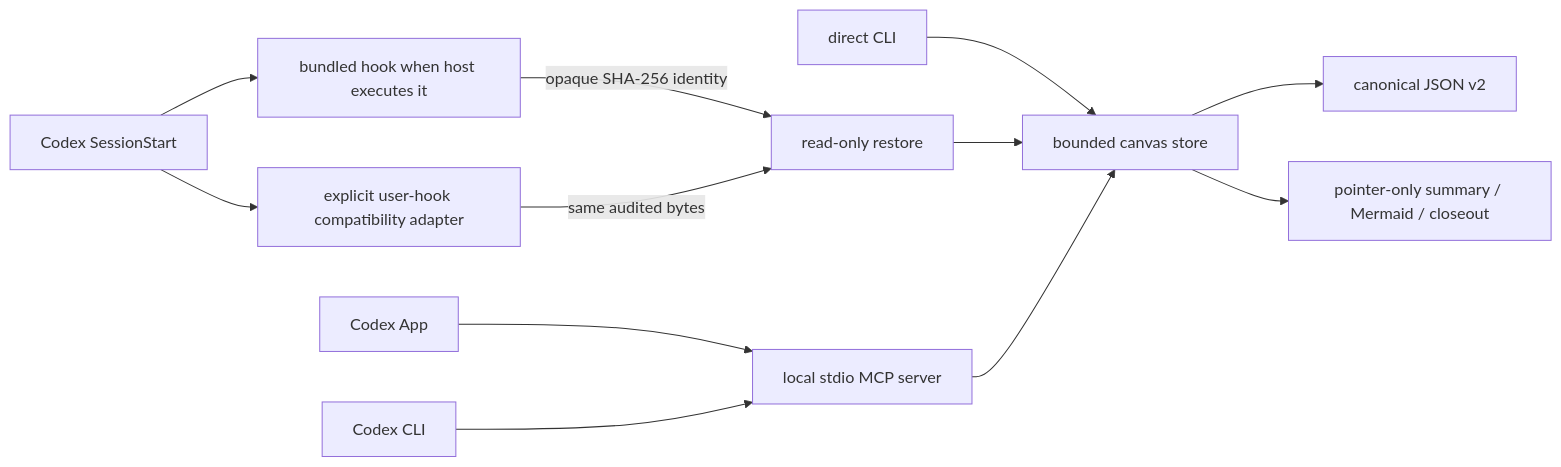
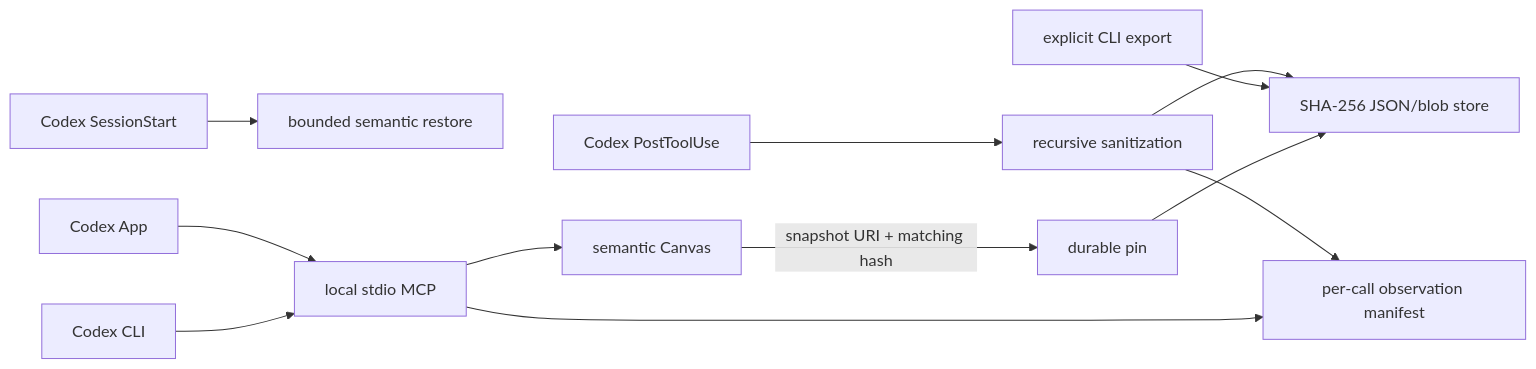
Before and after one commit to phenomenoner/Chatgpt-Codex-App-Plus: the diagram in docs/context-canvas-codex.md, drawn with Mermaid. The commit also changed other lines of this file and 21 other files, not shown here.

````diff
--- a/docs/context-canvas-codex.md
+++ b/docs/context-canvas-codex.md
@@ -35,14 +30,14 @@
 ```mermaid
 flowchart LR
-    S["Codex SessionStart"] --> B["bundled hook when host executes it"]
-    S --> U["explicit user-hook compatibility adapter"]
-    B -->|"opaque SHA-256 identity"| H["read-only restore"]
-    U -->|"same audited bytes"| H
-    A["Codex App"] --> M["local stdio MCP server"]
-    C["Codex CLI"] --> M
-    L["direct CLI"] --> K["bounded canvas store"]
-    H --> K
-    M --> K
-    K --> J["canonical JSON v2"]
-    K --> P["pointer-only summary / Mermaid / closeout"]
+    SS["Codex SessionStart"] --> SR["bounded semantic restore"]
+    PT["Codex PostToolUse"] --> SA["recursive sanitization"]
+    SA --> EV["per-call observation manifest"]
+    SA --> CAS["SHA-256 JSON/blob store"]
+    APP["Codex App"] --> MCP["local stdio MCP"]
+    CLI["Codex CLI"] --> MCP
+    MCP --> MAP["semantic Canvas"]
+    MCP --> EV
+    EX["explicit CLI export"] --> CAS
+    MAP -->|"snapshot URI + matching hash"| PIN["durable pin"]
+    PIN --> CAS
 ```
````
